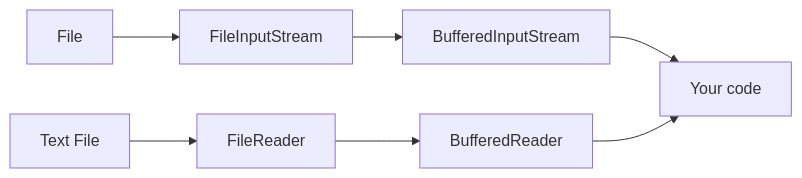
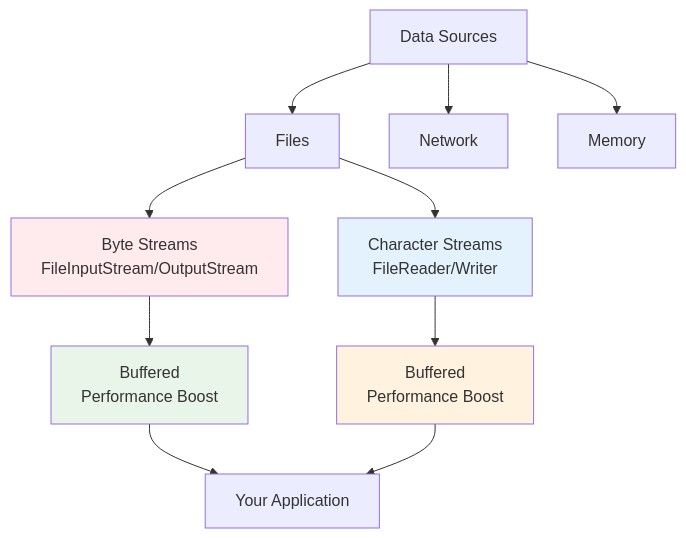
Before and after one commit to pc-eight-one/codersbox: the diagram in src/content/tutorials/java-complete/java-complete-part-14.md, drawn with Mermaid. The commit also changed other lines of this file and 43 other files, not shown here.

````diff
--- a/src/content/tutorials/java-complete/java-complete-part-14.md
+++ b/src/content/tutorials/java-complete/java-complete-part-14.md
@@ -21,5 +28,20 @@
 ```mermaid
-flowchart LR
-    File --> FIS[FileInputStream] --> BIS[BufferedInputStream] --> App[Your code]
-    FileTXT[Text File] --> FR[FileReader] --> BR[BufferedReader] --> App
+flowchart TD
+    A[Data Sources] --> B[Files]
+    A --> C[Network]
+    A --> D[Memory]
+    
+    B --> E[Byte Streams<br/>FileInputStream/OutputStream]
+    B --> F[Character Streams<br/>FileReader/Writer]
+    
+    E --> G[Buffered<br/>Performance Boost]
+    F --> H[Buffered<br/>Performance Boost]
+    
+    G --> I[Your Application]
+    H --> I
+    
+    style E fill:#ffebee
+    style F fill:#e3f2fd
+    style G fill:#e8f5e8
+    style H fill:#fff3e0
 ```
````
